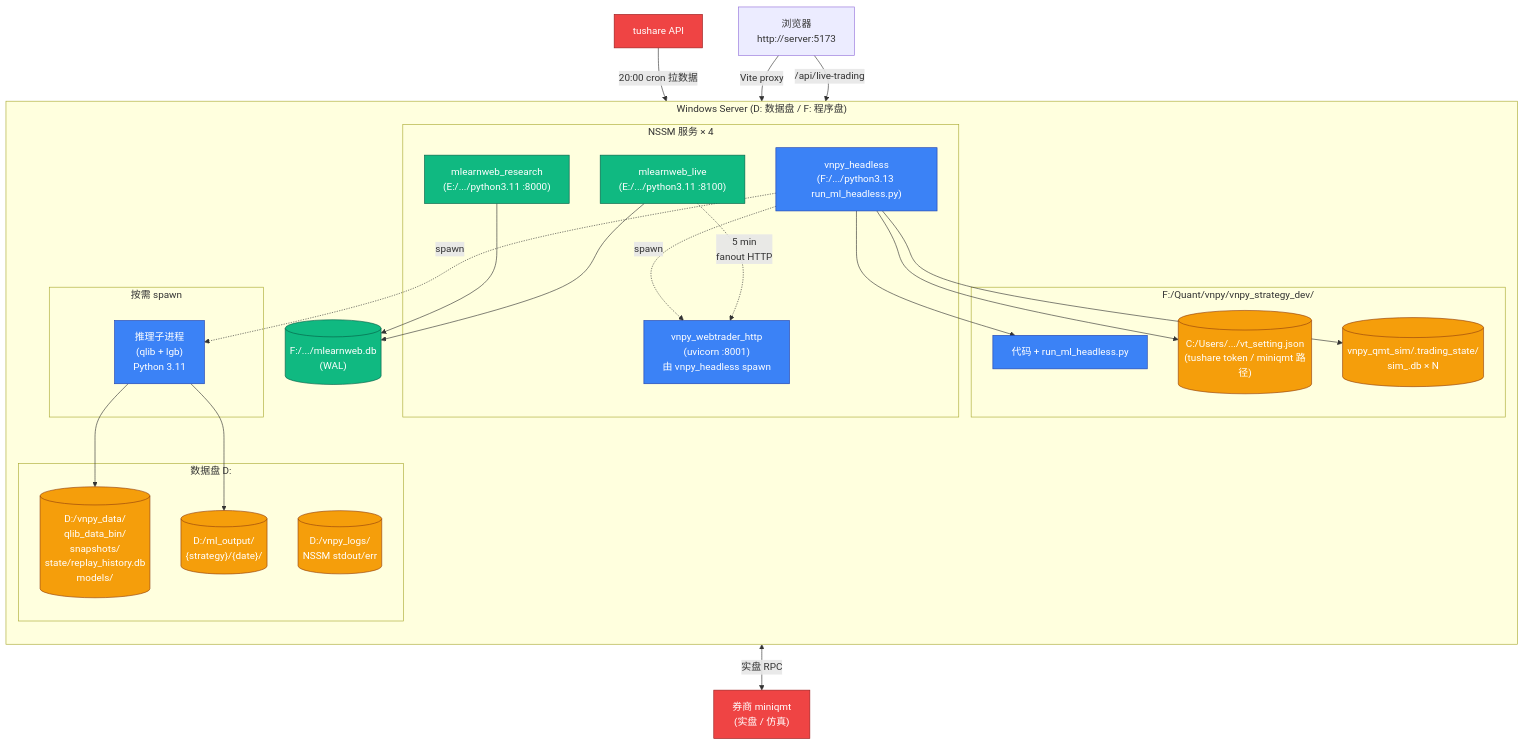
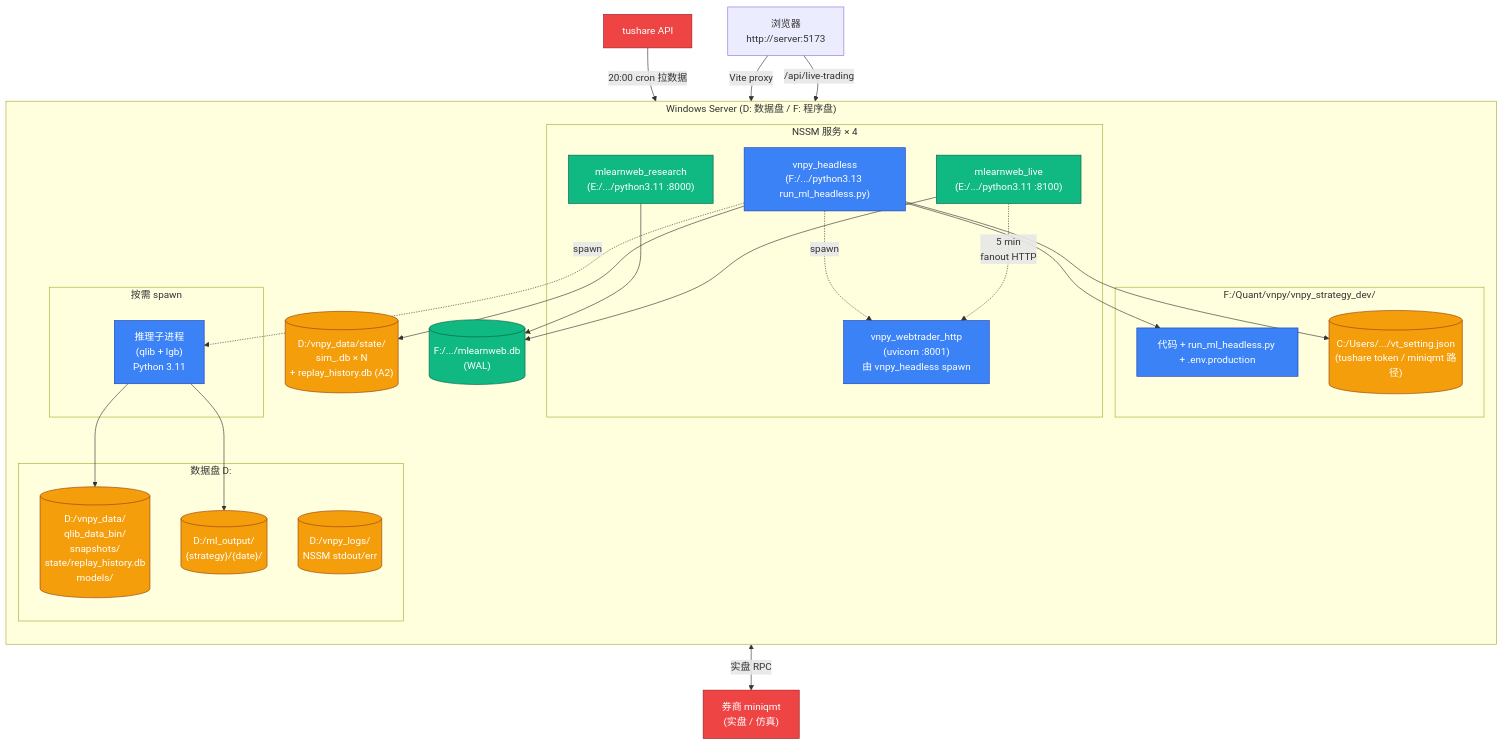
Before and after one commit to xiaospica/cvnpy: the diagram in vnpy_ml_strategy/docs/deployment.md, drawn with Mermaid. The commit also changed other lines of this file and 6 other files, not shown here.

````diff
--- a/vnpy_ml_strategy/docs/deployment.md
+++ b/vnpy_ml_strategy/docs/deployment.md
@@ -15,55 +15,56 @@
 ```mermaid
 flowchart TB
     classDef proc fill:#3B82F6,stroke:#1E40AF,color:#fff
     classDef data fill:#F59E0B,stroke:#92400E,color:#fff
     classDef monitor fill:#10B981,stroke:#065F46,color:#fff
     classDef external fill:#EF4444,stroke:#991B1B,color:#fff
 
     subgraph WinServer ["Windows Server (D: 数据盘 / F: 程序盘)"]
         direction TB
 
         subgraph Services ["NSSM 服务 × 4"]
             S1["vnpy_headless<br/>(F:/.../python3.13 run_ml_headless.py)"]:::proc
             S2["vnpy_webtrader_http<br/>(uvicorn :8001)<br/>由 vnpy_headless spawn"]:::proc
             S3["mlearnweb_research<br/>(E:/.../python3.11 :8000)"]:::monitor
             S4["mlearnweb_live<br/>(E:/.../python3.11 :8100)"]:::monitor
         end
 
         subgraph Data ["数据盘 D:"]
             QData[("D:/vnpy_data/<br/>qlib_data_bin/<br/>snapshots/<br/>state/replay_history.db<br/>models/")]:::data
             MLOut[("D:/ml_output/<br/>{strategy}/{date}/")]:::data
             Logs[("D:/vnpy_logs/<br/>NSSM stdout/err")]:::data
         end
 
         subgraph Config ["F:/Quant/vnpy/vnpy_strategy_dev/"]
-            Code["代码 + run_ml_headless.py"]:::proc
-            SimDB[("vnpy_qmt_sim/.trading_state/<br/>sim_<gateway>.db × N")]:::data
+            Code["代码 + run_ml_headless.py + .env.production"]:::proc
             VTSet[("C:/Users/.../vt_setting.json<br/>(tushare token / miniqmt 路径)")]:::data
         end
+
+        SimDB[("D:/vnpy_data/state/<br/>sim_<gateway>.db × N<br/>+ replay_history.db (A2)")]:::data
 
         subgraph SubProc ["按需 spawn"]
             Pred["推理子进程<br/>(qlib + lgb)<br/>Python 3.11"]:::proc
         end
 
         S1 --> Code
         S1 --> VTSet
         S1 -.spawn.-> S2
         S1 -.spawn.-> Pred
         S1 --> SimDB
         Pred --> QData
         Pred --> MLOut
         S3 --> MLW[("F:/.../mlearnweb.db<br/>(WAL)")]:::monitor
         S4 --> MLW
     end
 
     Tushare["tushare API"]:::external
     Broker["券商 miniqmt<br/>(实盘 / 仿真)"]:::external
     Browser["浏览器<br/>http://server:5173"]
 
     Tushare -->|"20:00 cron 拉数据"| S1
     S1 <-->|"实盘 RPC"| Broker
 
     S4 -.->|"5 min<br/>fanout HTTP"| S2
     Browser -->|"Vite proxy"| S3
     Browser -->|"/api/live-trading"| S4
 ```
````
